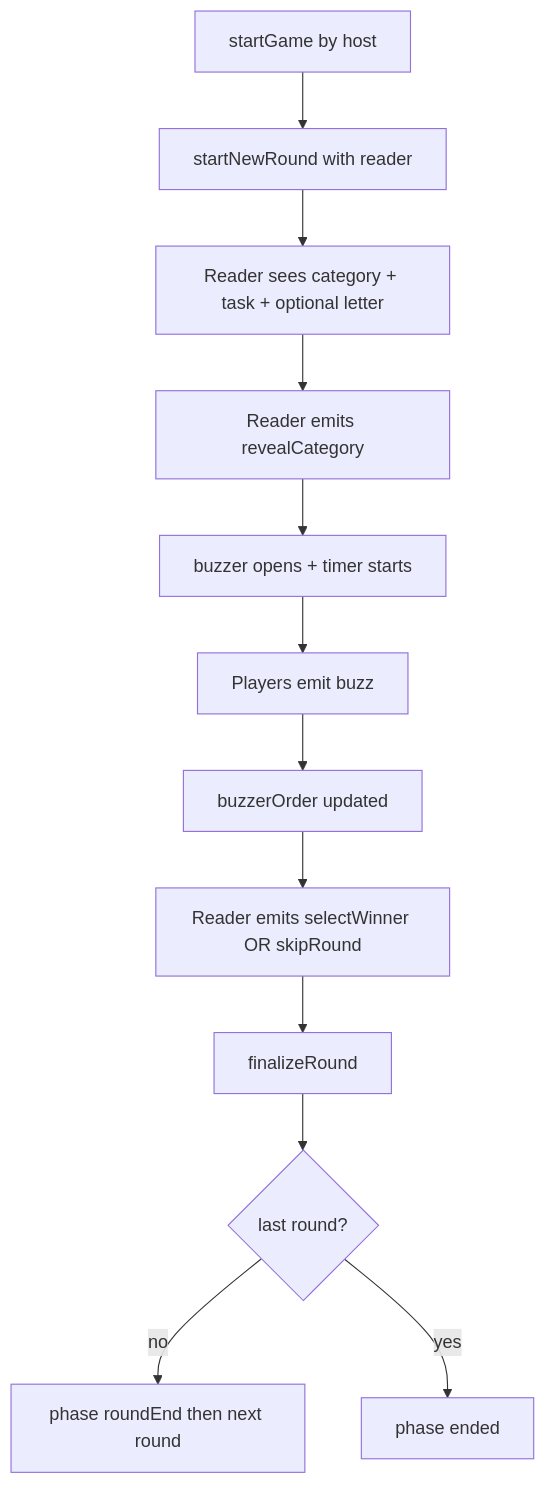
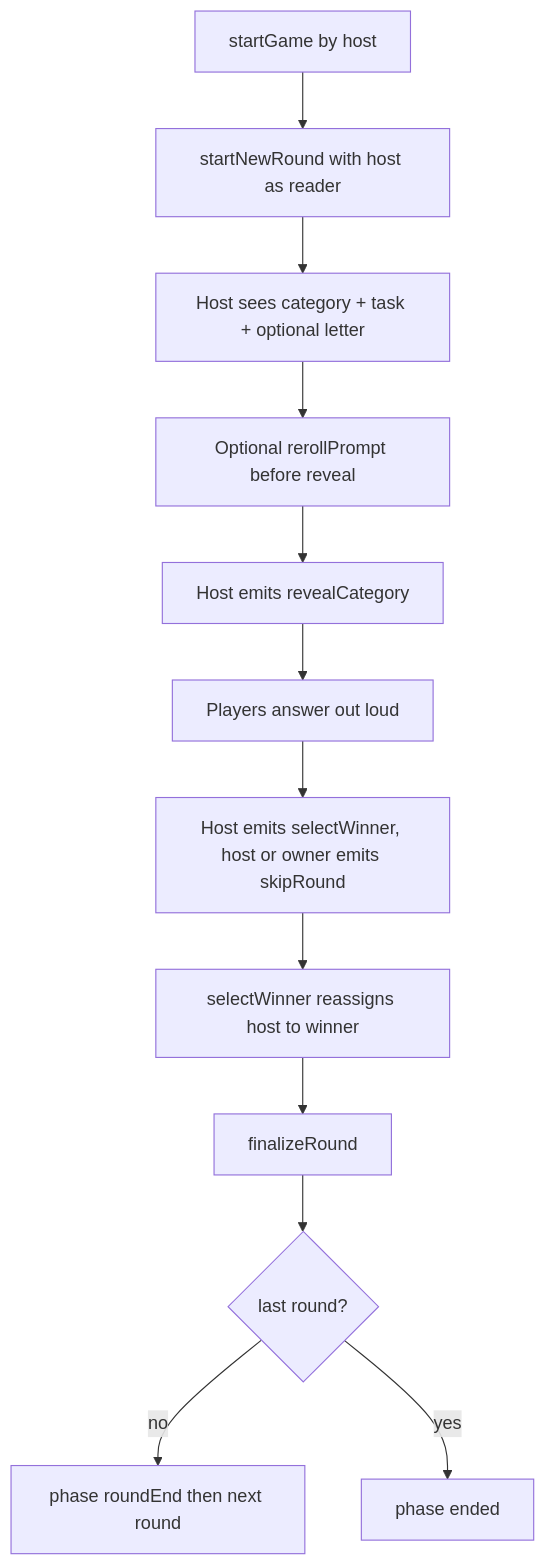
Before and after one commit to jsevenheck/blackout: the second of 3 diagrams in docs/architecture.md, drawn with Mermaid. The commit also changed other lines of this file and 19 other files, not shown here.

````diff
--- a/docs/architecture.md
+++ b/docs/architecture.md
@@ -116,14 +117,14 @@
 ```mermaid
 flowchart TD
-  A[startGame by host] --> B[startNewRound with reader]
-  B --> C[Reader sees category + task + optional letter]
-  C --> D[Reader emits revealCategory]
-  D --> E[buzzer opens + timer starts]
-  E --> F[Players emit buzz]
-  F --> G[buzzerOrder updated]
-  G --> H[Reader emits selectWinner OR skipRound]
+  A[startGame by host] --> B[startNewRound with host as reader]
+  B --> C[Host sees category + task + optional letter]
+  C --> D[Optional rerollPrompt before reveal]
+  D --> E[Host emits revealCategory]
+  E --> F[Players answer out loud]
+  F --> G[Host emits selectWinner, host or owner emits skipRound]
+  G --> H[selectWinner reassigns host to winner]
   H --> I[finalizeRound]
   I --> J{last round?}
   J -->|no| K[phase roundEnd then next round]
   J -->|yes| L[phase ended]
 ```
````
